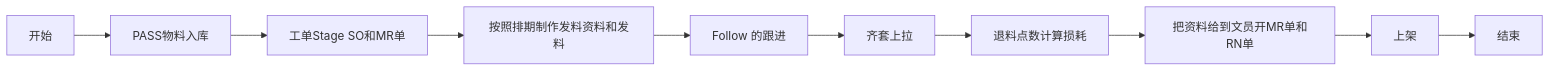
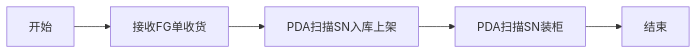
Before and after one commit to dlelyw/VTX_6501: the fifth of 5 diagrams in README_ZH.md, drawn with Mermaid. The commit also changed other lines of this file and 2 other files, not shown here.

````diff
--- a/README_ZH.md
+++ b/README_ZH.md
@@ -300,12 +384,7 @@
 ```mermaid
 graph LR
-    A[开始] --> B[PASS物料入库]
-    B --> C[工单Stage SO和MR单]
-    C --> D[按照排期制作发料资料和发料]
-    D --> E[Follow 的跟进]
-    E --> F[齐套上拉]
-    F --> G[退料点数计算损耗]
-    G --> H[把资料给到文员开MR单和RN单]
-    H --> I[上架]
-    I --> J[结束]
+    A[开始] --> B[接收FG单收货]
+    B --> C[PDA扫描SN入库上架]
+    C --> D[PDA扫描SN装柜]
+    D --> E[结束]
 ```
````
